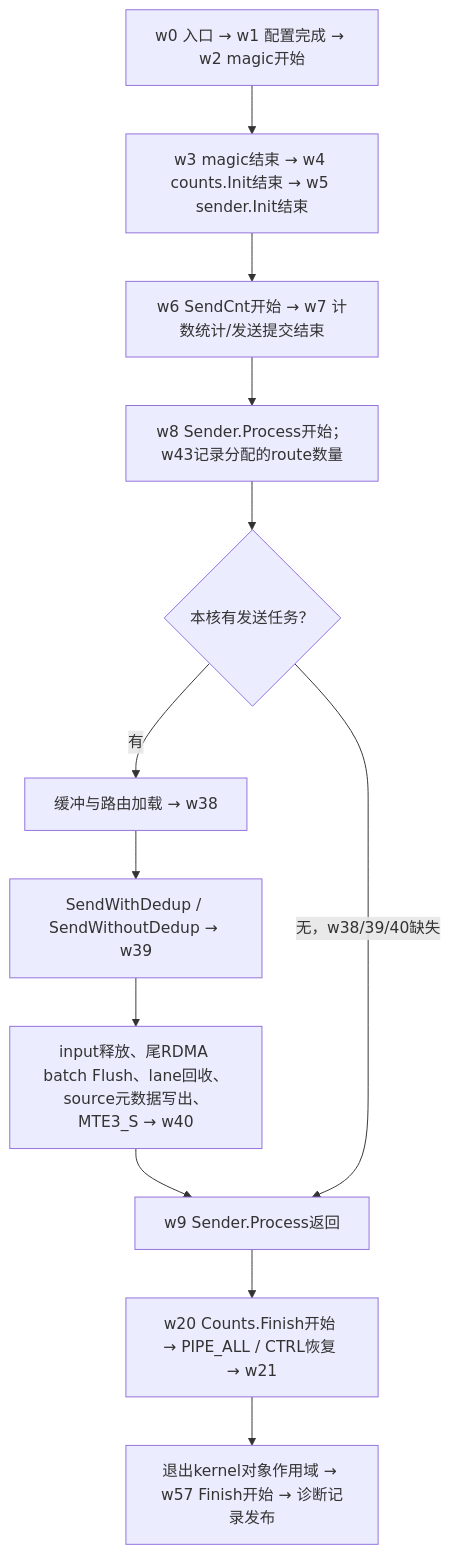
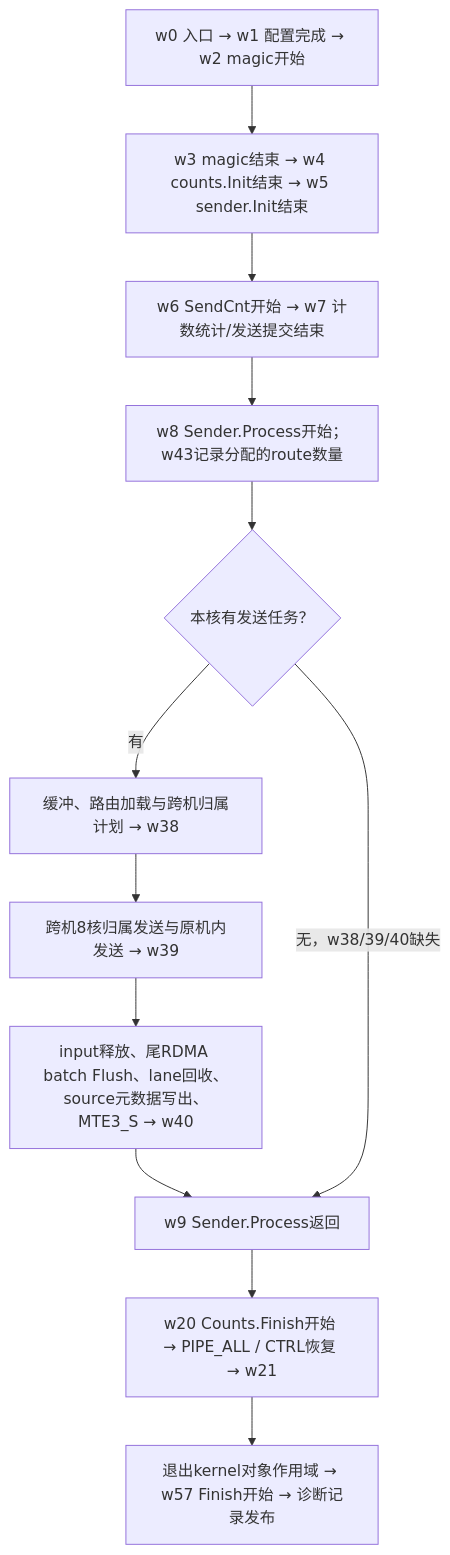
One commit to TangYunfei147/DeepEP-LL changed the first of 2 diagrams in tests/ll_rdma/STAGE_TIMELINE.md. Above: the diagram before and after it, drawn with Mermaid. The commit also changed other lines of this file and 44 other files, not shown here.

````diff
--- a/tests/ll_rdma/STAGE_TIMELINE.md
+++ b/tests/ll_rdma/STAGE_TIMELINE.md
@@ -17,14 +17,14 @@
 ```mermaid
 flowchart TD
   s0["w0 入口 → w1 配置完成 → w2 magic开始"] --> s1["w3 magic结束 → w4 counts.Init结束 → w5 sender.Init结束"]
   s1 --> s2["w6 SendCnt开始 → w7 计数统计/发送提交结束"]
   s2 --> s3["w8 Sender.Process开始；w43记录分配的route数量"]
   s3 --> empty{"本核有发送任务？"}
-  empty -->|有| s4["缓冲与路由加载 → w38"]
-  s4 --> s5["SendWithDedup / SendWithoutDedup → w39"]
+  empty -->|有| s4["缓冲、路由加载与跨机归属计划 → w38"]
+  s4 --> s5["跨机8核归属发送与原机内发送 → w39"]
   s5 --> s6["input释放、尾RDMA batch Flush、lane回收、source元数据写出、MTE3_S → w40"]
   s6 --> s7["w9 Sender.Process返回"]
   empty -->|无，w38/39/40缺失| s7
   s7 --> s8["w20 Counts.Finish开始 → PIPE_ALL / CTRL恢复 → w21"]
   s8 --> s9["退出kernel对象作用域 → w57 Finish开始 → 诊断记录发布"]
 ```
````
